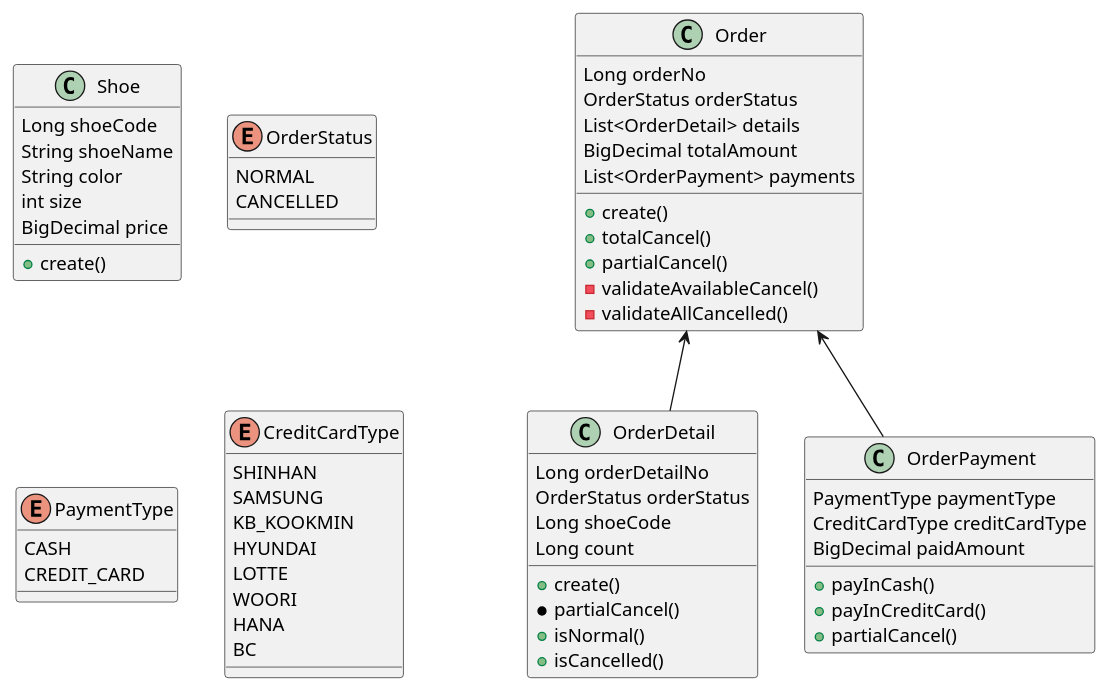
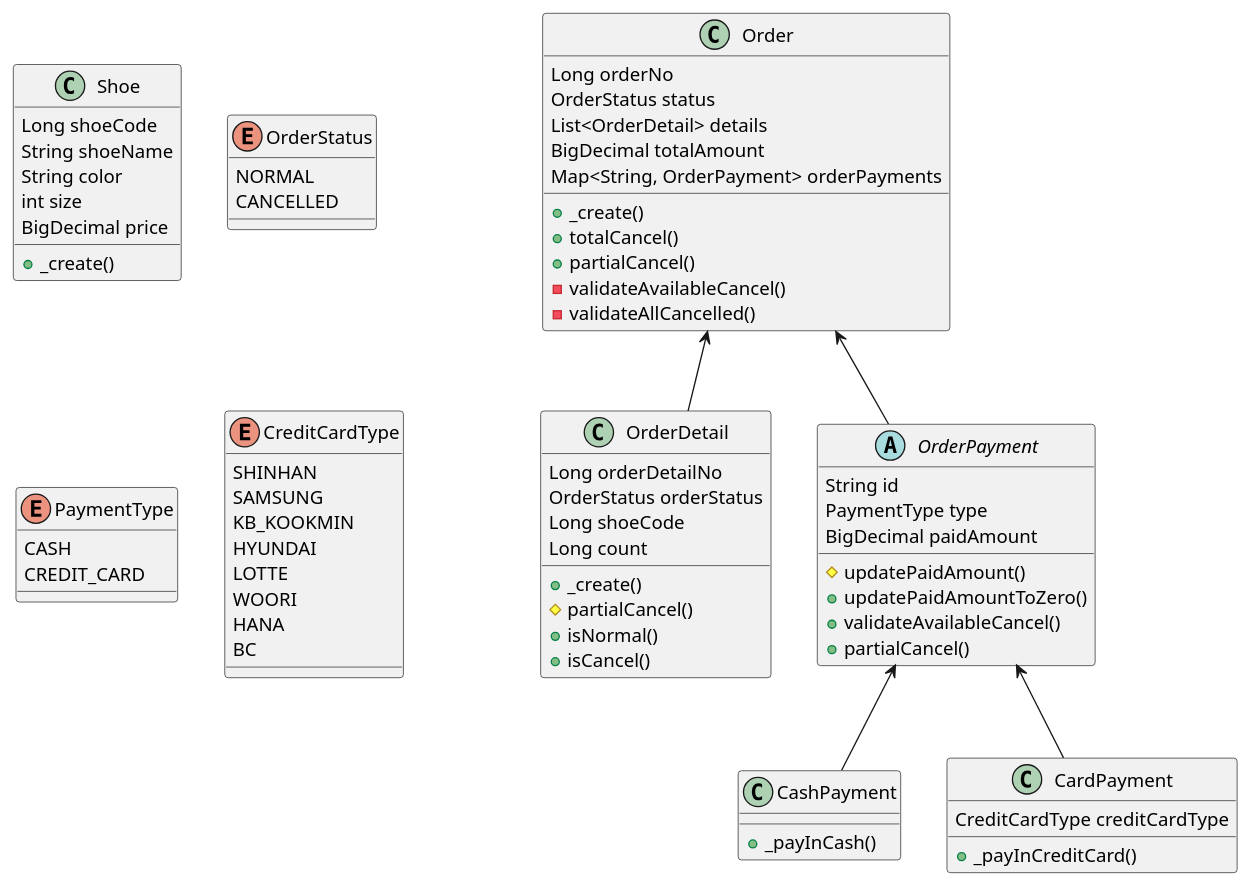
The diagram in docs/DomainStructure.puml (ABC-Mart-Owners-club/namjoon-shoe-store), drawn with PlantUML before and after one commit. The commit also changed 1 other file, not shown here.

Commit message:
Feature : [#3] diagram 수정

```diff
--- a/docs/DomainStructure.puml
+++ b/docs/DomainStructure.puml
@@ -1,70 +1,84 @@
 @startuml
+
+
 
 class Shoe {
 Long shoeCode
 String shoeName
 String color
 int size
 BigDecimal price
-+ create()
++ _create()
 }
 
 enum OrderStatus {
 NORMAL
 CANCELLED
 }
 
 class Order {
 Long orderNo
-OrderStatus orderStatus
+OrderStatus status
 List<OrderDetail> details
 BigDecimal totalAmount
-List<OrderPayment> payments
-+ create()
+Map<String, OrderPayment> orderPayments
++ _create()
 + totalCancel()
 + partialCancel()
 - validateAvailableCancel()
 - validateAllCancelled()
 }
 
 class OrderDetail {
 Long orderDetailNo
 OrderStatus orderStatus
 Long shoeCode
 Long count
-+ create()
-* partialCancel()
++ _create()
+# partialCancel()
 + isNormal()
-+ isCancelled()
++ isCancel()
 }
 
-class OrderPayment {
-PaymentType paymentType
+abstract class OrderPayment {
+String id
+PaymentType type
+BigDecimal paidAmount
+# updatePaidAmount()
++ updatePaidAmountToZero()
++ validateAvailableCancel()
++ partialCancel()
+}
+
+class CashPayment {
++ _payInCash()
+}
+
+class CardPayment {
 CreditCardType creditCardType
-BigDecimal paidAmount
-+ payInCash()
-+ payInCreditCard()
-+ partialCancel()
++ _payInCreditCard()
 }
 
 enum PaymentType {
 CASH
 CREDIT_CARD
 }
 
 enum CreditCardType {
 SHINHAN
 SAMSUNG
 KB_KOOKMIN
 HYUNDAI
 LOTTE
 WOORI
 HANA
 BC
 }
 
 
 Order <-- OrderDetail
 Order <-- OrderPayment
+OrderPayment <-- CashPayment
+OrderPayment <-- CardPayment
 
 @enduml
```
